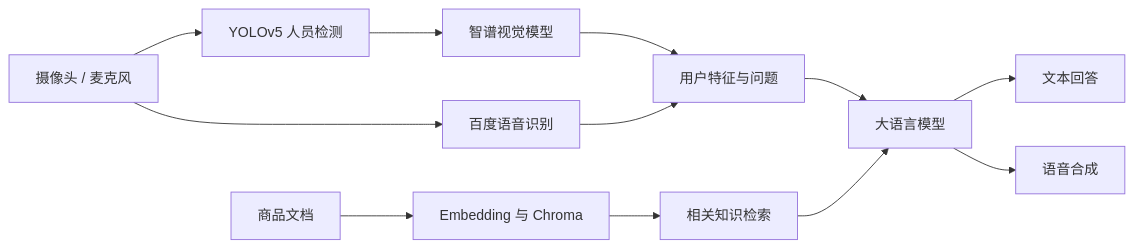
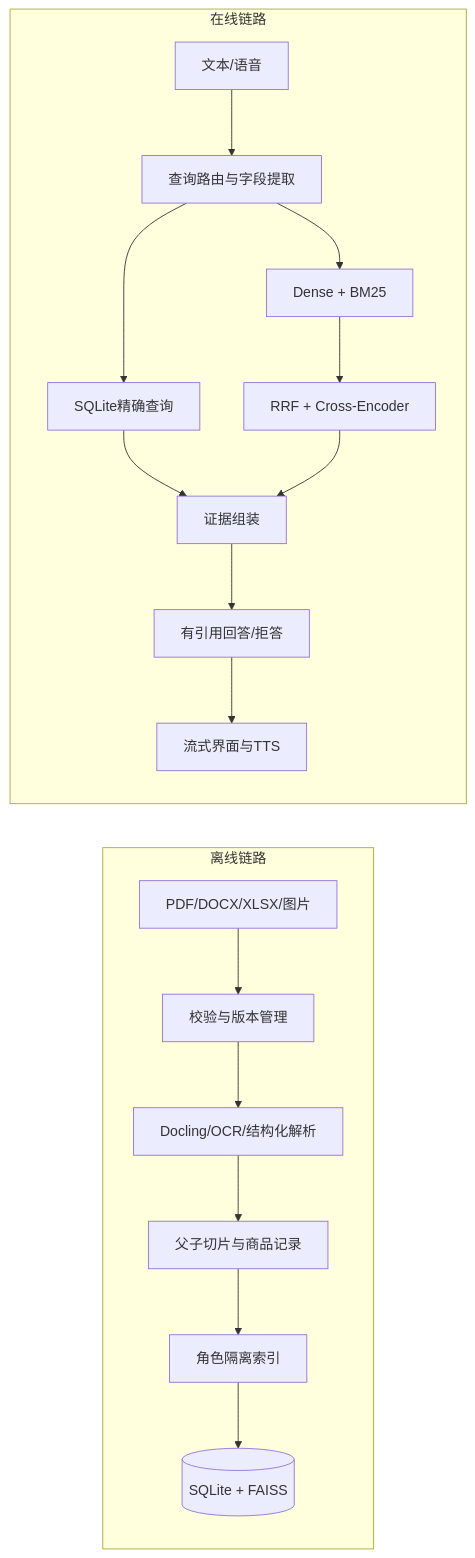
Before and after one commit to Deng50/sell-rag: the diagram in README.md, drawn with Mermaid. The commit also changed other lines of this file and 62 other files, not shown here.

````diff
--- a/README.md
+++ b/README.md
@@ -11,14 +9,20 @@
 ```mermaid
 flowchart LR
-    A[摄像头 / 麦克风] --> B[YOLOv5 人员检测]
-    B --> C[智谱视觉模型]
-    A --> D[百度语音识别]
-    C --> E[用户特征与问题]
-    D --> E
-    F[商品文档] --> G[Embedding 与 Chroma]
-    G --> H[相关知识检索]
-    E --> I[大语言模型]
-    H --> I
-    I --> J[文本回答]
-    I --> K[语音合成]
+    subgraph Offline[离线链路]
+        A[PDF/DOCX/XLSX/图片] --> B[校验与版本管理]
+        B --> C[Docling/OCR/结构化解析]
+        C --> D[父子切片与商品记录]
+        D --> E[角色隔离索引]
+        E --> F[(SQLite + FAISS)]
+    end
+    subgraph Online[在线链路]
+        G[文本/语音] --> H[查询路由与字段提取]
+        H --> I[SQLite精确查询]
+        H --> J[Dense + BM25]
+        J --> K[RRF + Cross-Encoder]
+        I --> L[证据组装]
+        K --> L
+        L --> M[有引用回答/拒答]
+        M --> N[流式界面与TTS]
+    end
 ```
````
